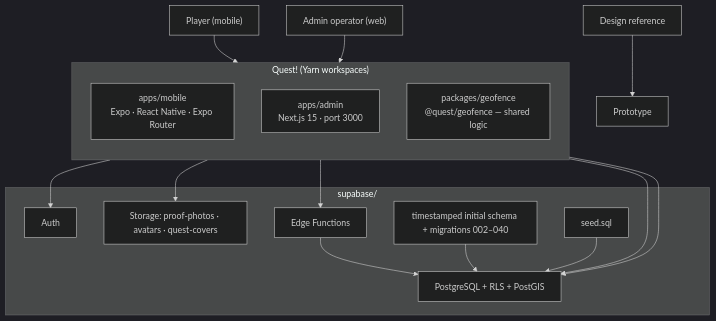
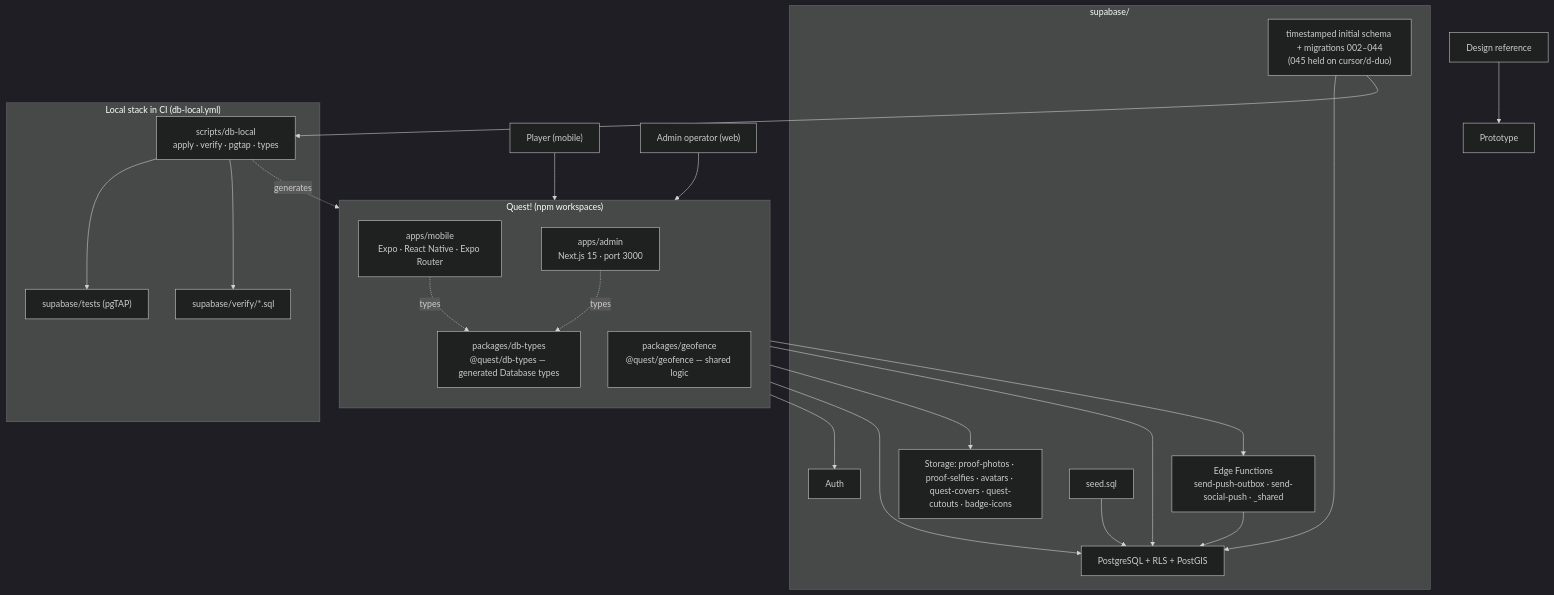
The first of 6 diagrams in ARCHITECTURE.md (Rahilyw/Quest), drawn with Mermaid (dark theme) before and after one commit. The commit also changed other lines of this file and 7 other files, not shown here.

````diff
--- a/ARCHITECTURE.md
+++ b/ARCHITECTURE.md
@@ -7,32 +9,46 @@
 ```mermaid
 flowchart TB
-    subgraph Monorepo["Quest! (Yarn workspaces)"]
+    subgraph Monorepo["Quest! (npm workspaces)"]
         direction TB
         Mobile["apps/mobile<br/>Expo · React Native · Expo Router"]
         Admin["apps/admin<br/>Next.js 15 · port 3000"]
         Geofence["packages/geofence<br/>@quest/geofence — shared logic"]
+        DbTypes["packages/db-types<br/>@quest/db-types — generated Database types"]
     end
 
     subgraph Supabase["supabase/"]
         Auth["Auth"]
         DB["PostgreSQL + RLS + PostGIS"]
-        Storage["Storage: proof-photos · avatars · quest-covers"]
-        Edge["Edge Functions"]
-        Migrations["timestamped initial schema + migrations 002–040"]
+        Storage["Storage: proof-photos · proof-selfies · avatars · quest-covers · quest-cutouts · badge-icons"]
+        Edge["Edge Functions<br/>send-push-outbox · send-social-push · _shared"]
+        Migrations["timestamped initial schema + migrations 002–044<br/>(045 held on cursor/d-duo)"]
         Seed["seed.sql"]
+    end
+
+    subgraph LocalCI["Local stack in CI (db-local.yml)"]
+        DbLocal["scripts/db-local<br/>apply · verify · pgtap · types"]
+        Tests["supabase/tests (pgTAP)"]
+        Verify["supabase/verify/*.sql"]
     end
 
     Player["Player (mobile)"] --> Mobile
     Operator["Admin operator (web)"] --> Admin
     Designer["Design reference"] --> Prototype
 
     Mobile --> Auth
     Mobile --> DB
     Mobile --> Storage
     Admin --> DB
     Admin --> Edge
 
     Edge --> DB
     Migrations --> DB
     Seed --> DB
+
+    Mobile -. types .-> DbTypes
+    Admin -. types .-> DbTypes
+    Migrations --> DbLocal
+    DbLocal --> Tests
+    DbLocal --> Verify
+    DbLocal -. generates .-> DbTypes
 ```
````
